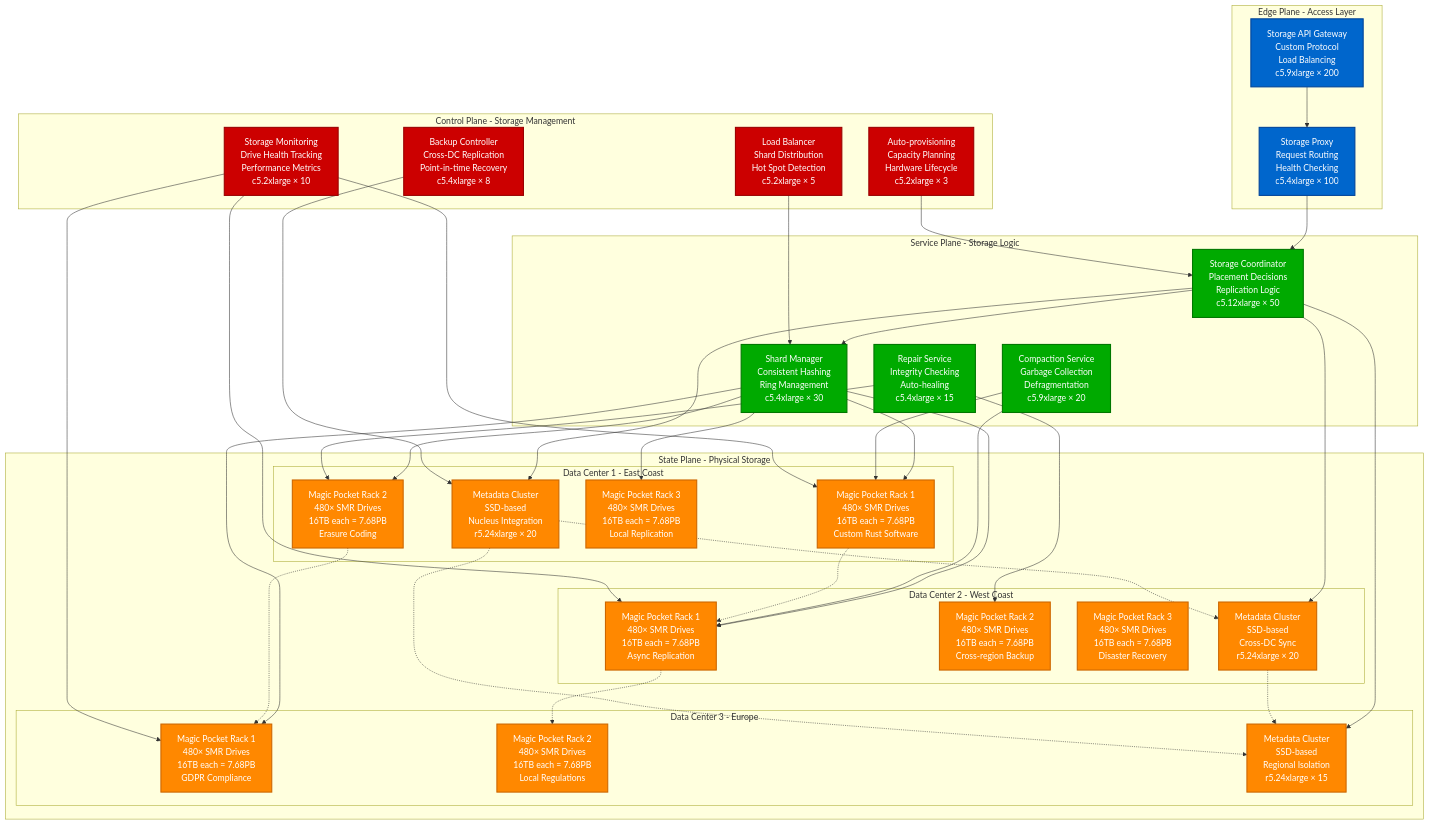
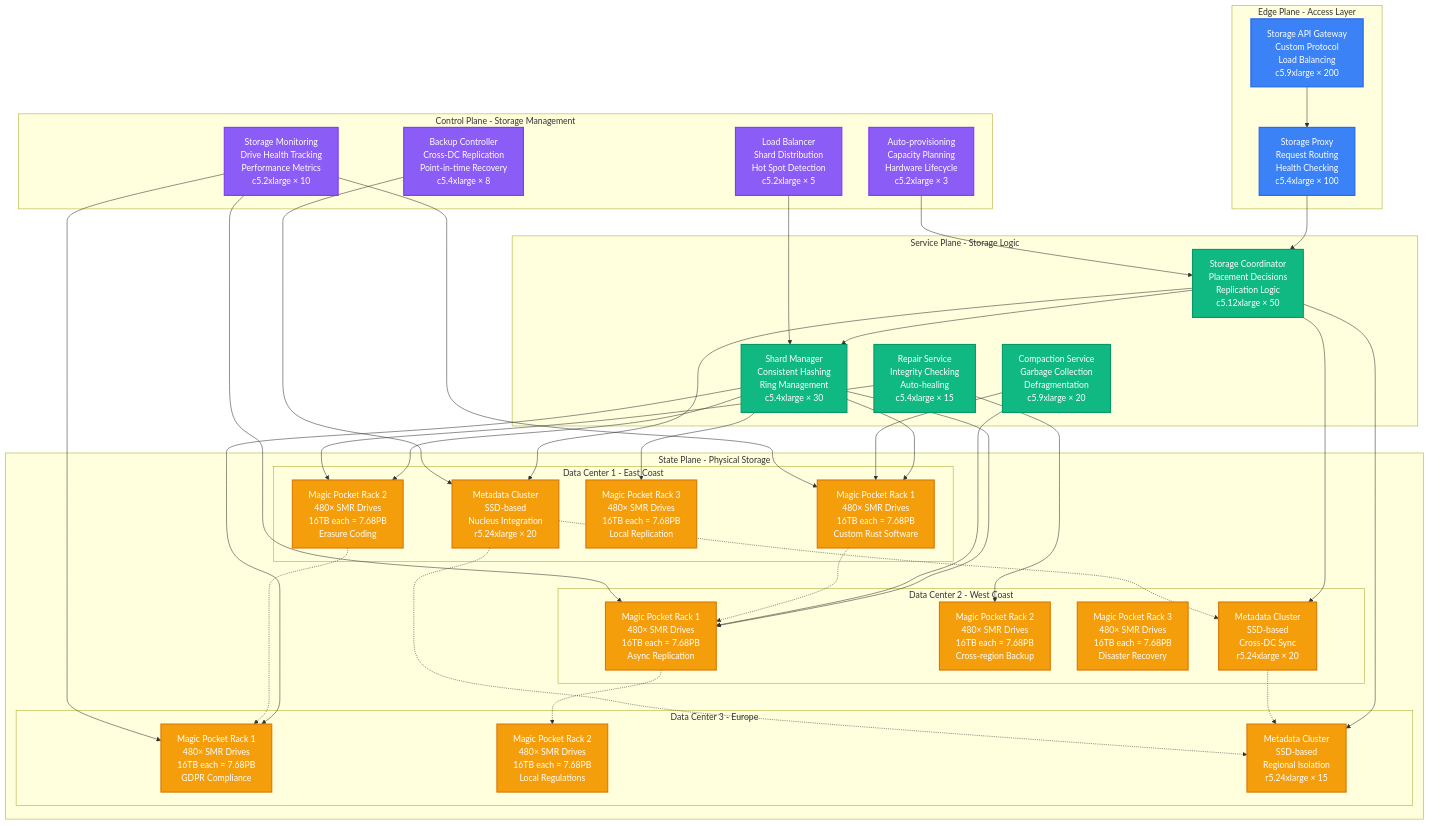
Before and after one commit to deepaucksharma/DS: the first of 2 diagrams in site/docs/systems/dropbox/03-storage-architecture.md, drawn with Mermaid. The commit also changed 187 other files, not shown here.

```diff
--- a/site/docs/systems/dropbox/03-storage-architecture.md
+++ b/site/docs/systems/dropbox/03-storage-architecture.md
@@ -89,10 +89,10 @@
     PROVISION --> COORD
 
     %% Apply four-plane colors
-    classDef edgeStyle fill:#0066CC,stroke:#004499,color:#fff,stroke-width:2px
-    classDef serviceStyle fill:#00AA00,stroke:#007700,color:#fff,stroke-width:2px
-    classDef stateStyle fill:#FF8800,stroke:#CC6600,color:#fff,stroke-width:2px
-    classDef controlStyle fill:#CC0000,stroke:#990000,color:#fff,stroke-width:2px
+    classDef edgeStyle fill:#3B82F6,stroke:#2563EB,color:#fff,stroke-width:2px
+    classDef serviceStyle fill:#10B981,stroke:#059669,color:#fff,stroke-width:2px
+    classDef stateStyle fill:#F59E0B,stroke:#D97706,color:#fff,stroke-width:2px
+    classDef controlStyle fill:#8B5CF6,stroke:#7C3AED,color:#fff,stroke-width:2px
 
     class API,PROXY edgeStyle
     class COORD,SHARD,COMPACT,REPAIR serviceStyle
```
